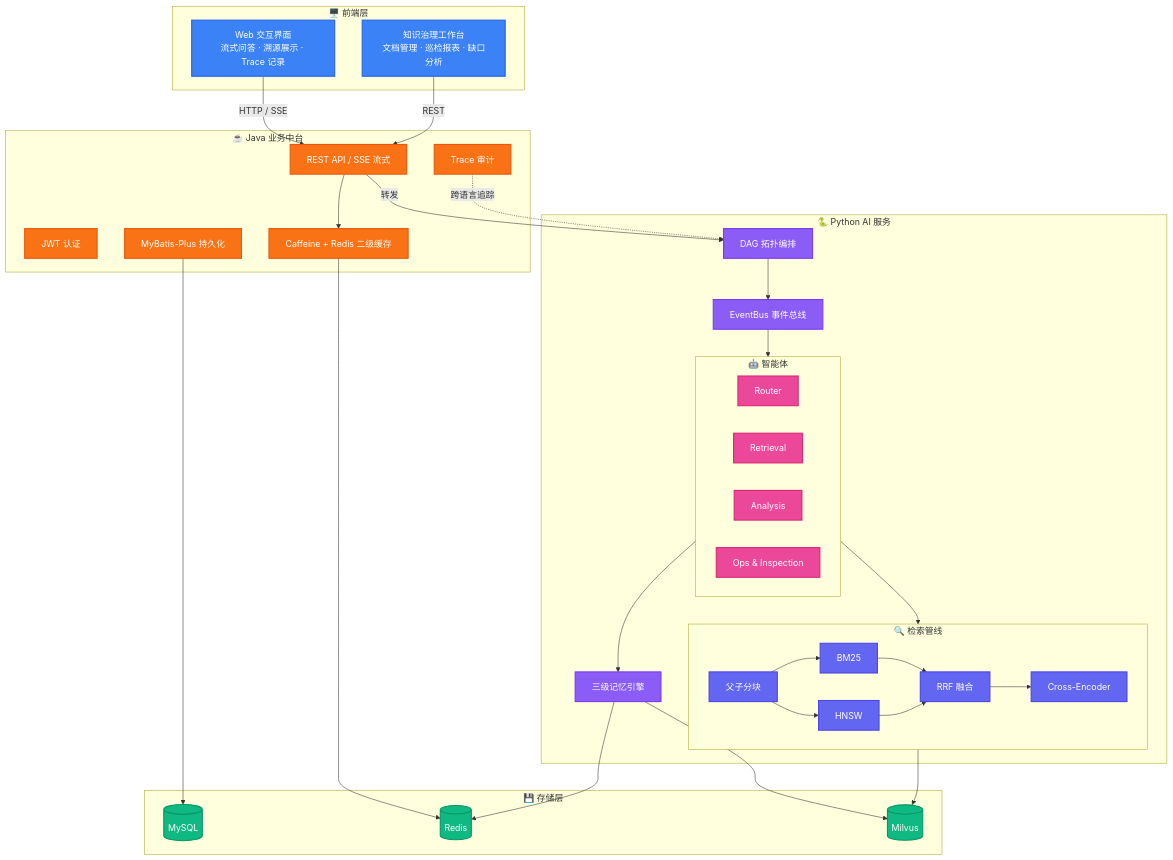
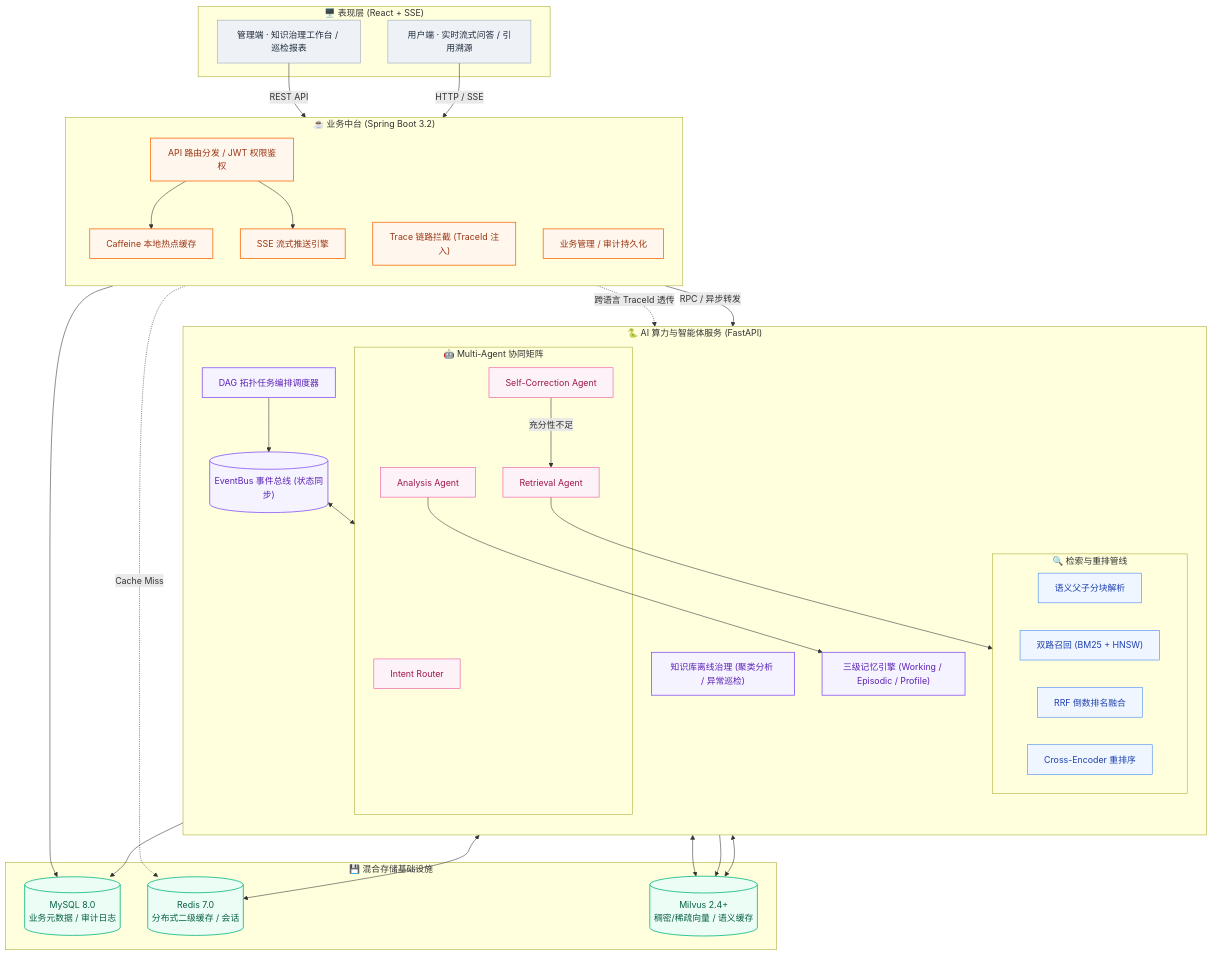
Before and after one commit to 7ing24/AgenticRAG: the first of 4 diagrams in README.md, drawn with Mermaid. The commit also changed other lines of this file and 1 other file, not shown here.

````diff
--- a/README.md
+++ b/README.md
@@ -36,68 +47,81 @@
 ```mermaid
-graph TB
-    classDef frontend fill:#3B82F6,stroke:#2563EB,color:#fff,stroke-width:2px
-    classDef java fill:#F97316,stroke:#EA580C,color:#fff,stroke-width:2px
-    classDef python fill:#8B5CF6,stroke:#7C3AED,color:#fff,stroke-width:2px
-    classDef storage fill:#10B981,stroke:#059669,color:#fff,stroke-width:2px
-    classDef agent fill:#EC4899,stroke:#DB2777,color:#fff,stroke-width:2px
-    classDef pipeline fill:#6366F1,stroke:#4F46E5,color:#fff,stroke-width:2px
+flowchart TB
+    %% 全局样式定义
+    classDef clientStyle fill:#EEF2F6,stroke:#94A3B8,stroke-width:1px,color:#1E293B;
+    classDef javaStyle fill:#FFF7ED,stroke:#F97316,stroke-width:1.5px,color:#9A3412;
+    classDef pythonStyle fill:#F5F3FF,stroke:#8B5CF6,stroke-width:1.5px,color:#5B21B6;
+    classDef storeStyle fill:#ECFDF5,stroke:#10B981,stroke-width:1.5px,color:#065F46;
+    classDef agentStyle fill:#FDF2F8,stroke:#EC4899,stroke-width:1px,color:#9D174D;
+    classDef pipeStyle fill:#EFF6FF,stroke:#3B82F6,stroke-width:1px,color:#1E40AF;
 
-    subgraph Frontend["🖥️ 前端层"]
-        Web["Web 交互界面<br/>流式问答 · 溯源展示 · Trace 记录"]
-        Admin["知识治理工作台<br/>文档管理 · 巡检报表 · 缺口分析"]
+    subgraph ClientLayer ["🖥️ 表现层 (React + SSE)"]
+        UI_User["用户端 · 实时流式问答 / 引用溯源"]
+        UI_Admin["管理端 · 知识治理工作台 / 巡检报表"]
     end
+    class UI_User,UI_Admin clientStyle
 
-    subgraph JavaBackend["☕ Java 业务中台"]
-        API["REST API / SSE 流式"]
-        Auth["JWT 认证"]
-        Cache["Caffeine + Redis 二级缓存"]
-        Trace["Trace 审计"]
-        Persist["MyBatis-Plus 持久化"]
+    subgraph JavaGateway ["☕ 业务中台 (Spring Boot 3.2)"]
+        direction TB
+        API_Gateway["API 路由分发 / JWT 权限鉴权"]
+        SSE_Engine["SSE 流式推送引擎"]
+        L1_Cache["Caffeine 本地热点缓存"]
+        Trace_Filter["Trace 链路拦截 (TraceId 注入)"]
+        Biz_Service["业务管理 / 审计持久化"]
     end
+    class API_Gateway,SSE_Engine,L1_Cache,Trace_Filter,Biz_Service javaStyle
 
-    subgraph PythonAI["🐍 Python AI 服务"]
-        DAG["DAG 拓扑编排"]
-        Bus["EventBus 事件总线"]
+    subgraph PythonCore ["🐍 AI 算力与智能体服务 (FastAPI)"]
+        direction TB
+        Orchestrator["DAG 拓扑任务编排调度器"]
+        EventBus[("EventBus 事件总线 (状态同步)")]
         
-        subgraph Agents["🤖 智能体"]
-            Router["Router"]
-            Retrieval["Retrieval"]
-            Analysis["Analysis"]
-            Ops["Ops & Inspection"]
+        subgraph SubAgents ["🤖 Multi-Agent 协同矩阵"]
+            A_Router["Intent Router"]
+            A_Retrieval["Retrieval Agent"]
+            A_Analysis["Analysis Agent"]
+            A_Eval["Self-Correction Agent"]
         end
-        
-        subgraph Pipeline["🔍 检索管线"]
-            direction LR
-            Chunk["父子分块"] --> BM25["BM25"] & HNSW["HNSW"] --> RRF["RRF 融合"] --> Rerank["Cross-Encoder"]
+        class A_Router,A_Retrieval,A_Analysis,A_Eval agentStyle
+
+        subgraph PipelineEngine ["🔍 检索与重排管线"]
+            Chunk_Engine["语义父子分块解析"]
+            Hybrid_Search["双路召回 (BM25 + HNSW)"]
+            RRF_Merge["RRF 倒数排名融合"]
+            Cross_Rerank["Cross-Encoder 重排序"]
         end
-        
-        Memory["三级记忆引擎"]
+        class Chunk_Engine,Hybrid_Search,RRF_Merge,Cross_Rerank pipeStyle
+
+        Memory_Engine["三级记忆引擎 (Working / Episodic / Profile)"]
+        Governance_Engine["知识库离线治理 (聚类分析 / 异常巡检)"]
     end
+    class Orchestrator,EventBus,Memory_Engine,Governance_Engine pythonStyle
 
-    subgraph Storage["💾 存储层"]
-        MySQL[(MySQL)]
-        Redis[(Redis)]
-        Milvus[(Milvus)]
+    subgraph DataLayer ["💾 混合存储基础设施"]
+        DB_MySQL[("MySQL 8.0<br/>业务元数据 / 审计日志")]
+        DB_Redis[("Redis 7.0<br/>分布式二级缓存 / 会话")]
+        DB_Milvus[("Milvus 2.4+<br/>稠密/稀疏向量 / 语义缓存")]
     end
+    class DB_MySQL,DB_Redis,DB_Milvus storeStyle
 
-    Web -->|HTTP / SSE| API
-    Admin -->|REST| API
-    API --> Cache
-    API -->|转发| DAG
-    Trace -.->|跨语言追踪| DAG
+    %% 交互连线
+    UI_User -->|HTTP / SSE| API_Gateway
+    UI_Admin -->|REST API| API_Gateway
     
-    DAG --> Bus --> Agents
-    Agents --> Pipeline & Memory
+    API_Gateway --> L1_Cache
+    L1_Cache -.->|Cache Miss| DB_Redis
+    API_Gateway --> SSE_Engine
+    API_Gateway -->|RPC / 异步转发| Orchestrator
+    Trace_Filter -.->|跨语言 TraceId 透传| Orchestrator
 
-    Cache --> Redis
-    Pipeline --> Milvus
-    Persist --> MySQL
-    Memory --> Redis & Milvus
+    Orchestrator --> EventBus
+    EventBus <--> SubAgents
+    
+    A_Retrieval --> PipelineEngine
+    A_Analysis --> Memory_Engine
+    A_Eval -->|充分性不足| A_Retrieval
 
-    class Web,Admin frontend
-    class API,Auth,Cache,Trace,Persist java
-    class DAG,Bus,Memory python
-    class Router,Retrieval,Analysis,Ops agent
-    class Chunk,BM25,HNSW,RRF,Rerank pipeline
-    class MySQL,Redis,Milvus storage
+    PipelineEngine <--> DB_Milvus
+    Memory_Engine <--> DB_Redis & DB_Milvus
+    Biz_Service --> DB_MySQL
+    Governance_Engine --> DB_MySQL & DB_Milvus
 ```
````
